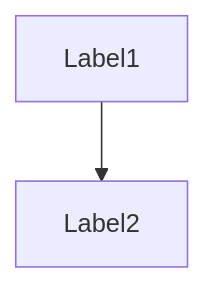
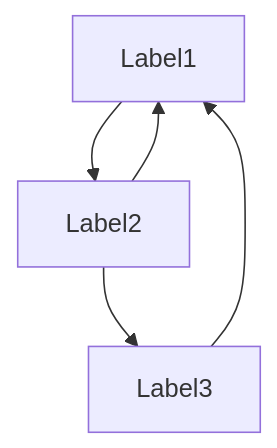
One commit to agoll-habanalabs/gh-experiments changed the diagram in README.md. Above: the diagram before and after it, drawn with Mermaid.

````diff
--- a/README.md
+++ b/README.md
@@ -6,4 +6,7 @@
 ```mermaid
 graph TD;
 Label1 --> Label2;
+Label3 --> Label1;
+Label2 --> Label1;
+Label2 --> Label3;
 ```
````
